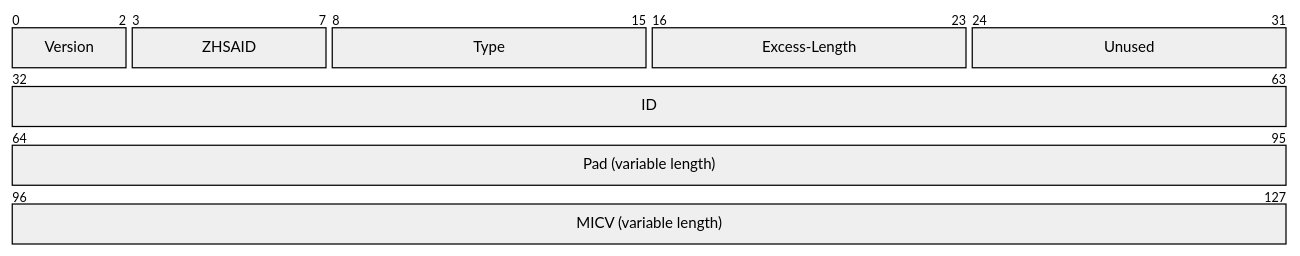
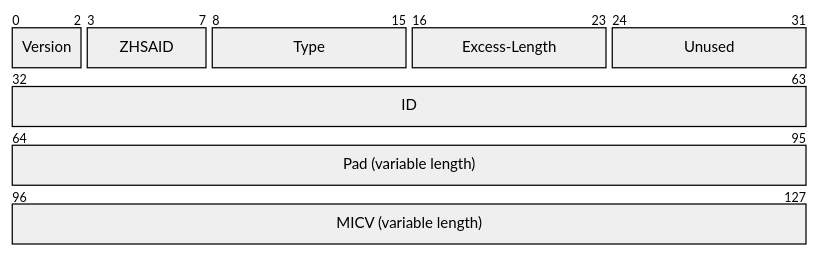
One commit to org-zpr/zpr-rfcs changed diagram 11 of 44 in src/17-ZPR-Data-Protocol/body.md. Above: the diagram before and after it, drawn with Mermaid. The commit also changed other lines of this file, not shown here.

Commit message:
Make packet diagrams a readable size

````diff
--- a/src/17-ZPR-Data-Protocol/body.md
+++ b/src/17-ZPR-Data-Protocol/body.md
@@ -2348,12 +2358,18 @@
 ``` mermaid
+---
+config:
+  themeCSS: ".packetLabel { font-size: 14px } .packetByte { font-size: 11px }"
+  packet:
+    bitWidth: 20
+---
 %%| fig-cap: Discard Message Format
 packet
 +3: "Version"
 +5: "ZHSAID"
 +8: "Type"
 +8: "Excess-Length"
 +8: "Unused"
 +32: "ID"
 +32: "Pad (variable length)"
 +32: "MICV (variable length)"
 ```
````
